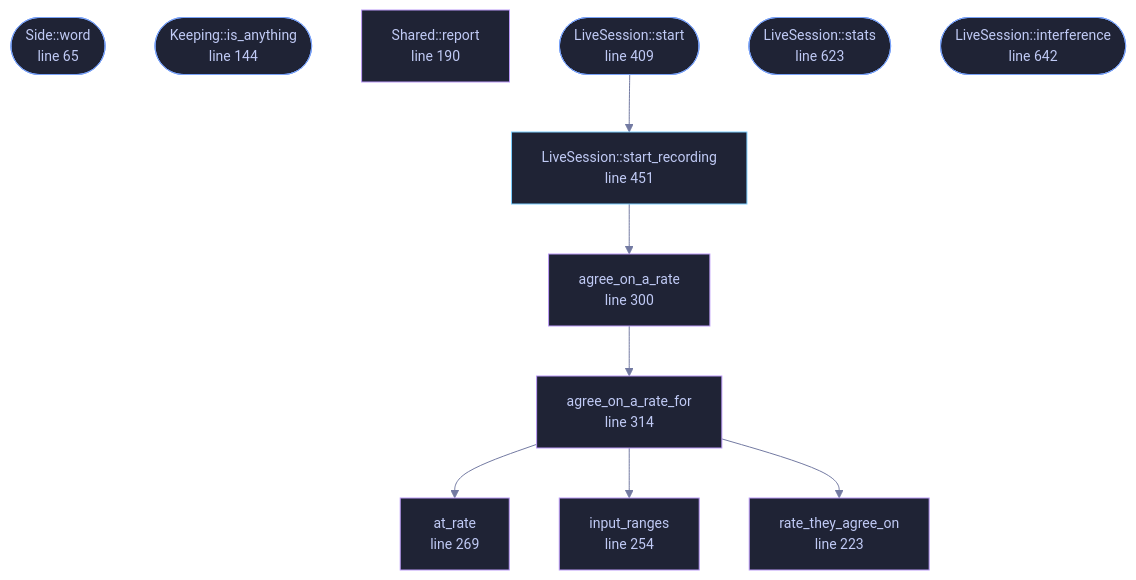
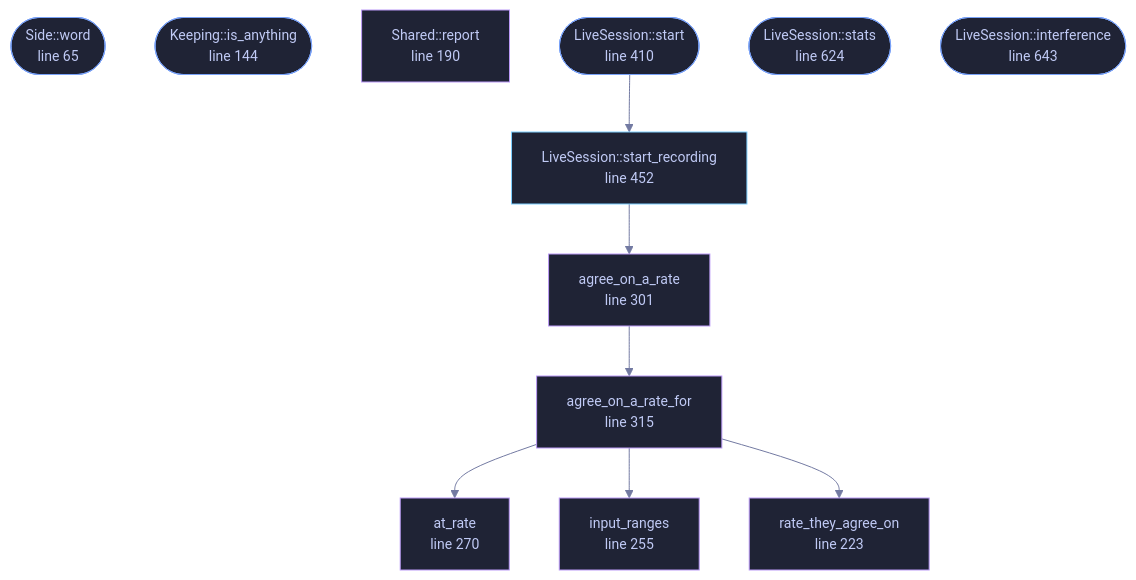
One commit to tilas01/veilvoice changed the diagram in docs/files/veilvoice-audio/live.md. Above: the diagram before and after it, drawn with Mermaid. The commit also changed other lines of this file and 528 other files, not shown here.

````diff
--- a/docs/files/veilvoice-audio/live.md
+++ b/docs/files/veilvoice-audio/live.md
@@ -107,40 +107,40 @@
 ```mermaid
 %%{init: {"theme":"base","themeVariables":{"background":"#1a1b26","primaryColor":"#1f2335","primaryTextColor":"#c0caf5","primaryBorderColor":"#7aa2f7","secondaryColor":"#16161e","tertiaryColor":"#16161e","lineColor":"#737aa2","textColor":"#c0caf5","mainBkg":"#1f2335","nodeBorder":"#7aa2f7","clusterBkg":"#16161e","clusterBorder":"#2f3549","fontFamily":"ui-monospace, SFMono-Regular, Consolas, monospace","fontSize":"14px"}}}%%
 flowchart TD
     n_word(["Side::word<br/>line 65"])
     n_is_anything(["Keeping::is_anything<br/>line 144"])
     n_report["Shared::report<br/>line 190"]
     n_rate_they_agree_on["rate_they_agree_on<br/>line 223"]
-    n_input_ranges["input_ranges<br/>line 254"]
-    n_at_rate["at_rate<br/>line 269"]
-    n_agree_on_a_rate["agree_on_a_rate<br/>line 300"]
-    n_agree_on_a_rate_for["agree_on_a_rate_for<br/>line 314"]
-    n_start(["LiveSession::start<br/>line 409"])
-    n_start_recording["LiveSession::start_recording<br/>line 451"]
-    n_stats(["LiveSession::stats<br/>line 623"])
-    n_interference(["LiveSession::interference<br/>line 642"])
+    n_input_ranges["input_ranges<br/>line 255"]
+    n_at_rate["at_rate<br/>line 270"]
+    n_agree_on_a_rate["agree_on_a_rate<br/>line 301"]
+    n_agree_on_a_rate_for["agree_on_a_rate_for<br/>line 315"]
+    n_start(["LiveSession::start<br/>line 410"])
+    n_start_recording["LiveSession::start_recording<br/>line 452"]
+    n_stats(["LiveSession::stats<br/>line 624"])
+    n_interference(["LiveSession::interference<br/>line 643"])
     n_agree_on_a_rate --> n_agree_on_a_rate_for
     n_agree_on_a_rate_for --> n_at_rate
     n_agree_on_a_rate_for --> n_input_ranges
     n_agree_on_a_rate_for --> n_rate_they_agree_on
     n_start --> n_start_recording
     n_start_recording --> n_agree_on_a_rate
     click n_word href "https://github.com/tilas01/veilvoice/blob/main/crates/veilvoice-audio/src/live.rs#L65" "open the source"
     click n_is_anything href "https://github.com/tilas01/veilvoice/blob/main/crates/veilvoice-audio/src/live.rs#L144" "open the source"
     click n_report href "https://github.com/tilas01/veilvoice/blob/main/crates/veilvoice-audio/src/live.rs#L190" "open the source"
     click n_rate_they_agree_on href "https://github.com/tilas01/veilvoice/blob/main/crates/veilvoice-audio/src/live.rs#L223" "open the source"
-    click n_input_ranges href "https://github.com/tilas01/veilvoice/blob/main/crates/veilvoice-audio/src/live.rs#L254" "open the source"
-    click n_at_rate href "https://github.com/tilas01/veilvoice/blob/main/crates/veilvoice-audio/src/live.rs#L269" "open the source"
-    click n_agree_on_a_rate href "https://github.com/tilas01/veilvoice/blob/main/crates/veilvoice-audio/src/live.rs#L300" "open the source"
-    click n_agree_on_a_rate_for href "https://github.com/tilas01/veilvoice/blob/main/crates/veilvoice-audio/src/live.rs#L314" "open the source"
-    click n_start href "https://github.com/tilas01/veilvoice/blob/main/crates/veilvoice-audio/src/live.rs#L409" "open the source"
-    click n_start_recording href "https://github.com/tilas01/veilvoice/blob/main/crates/veilvoice-audio/src/live.rs#L451" "open the source"
-    click n_stats href "https://github.com/tilas01/veilvoice/blob/main/crates/veilvoice-audio/src/live.rs#L623" "open the source"
-    click n_interference href "https://github.com/tilas01/veilvoice/blob/main/crates/veilvoice-audio/src/live.rs#L642" "open the source"
+    click n_input_ranges href "https://github.com/tilas01/veilvoice/blob/main/crates/veilvoice-audio/src/live.rs#L255" "open the source"
+    click n_at_rate href "https://github.com/tilas01/veilvoice/blob/main/crates/veilvoice-audio/src/live.rs#L270" "open the source"
+    click n_agree_on_a_rate href "https://github.com/tilas01/veilvoice/blob/main/crates/veilvoice-audio/src/live.rs#L301" "open the source"
+    click n_agree_on_a_rate_for href "https://github.com/tilas01/veilvoice/blob/main/crates/veilvoice-audio/src/live.rs#L315" "open the source"
+    click n_start href "https://github.com/tilas01/veilvoice/blob/main/crates/veilvoice-audio/src/live.rs#L410" "open the source"
+    click n_start_recording href "https://github.com/tilas01/veilvoice/blob/main/crates/veilvoice-audio/src/live.rs#L452" "open the source"
+    click n_stats href "https://github.com/tilas01/veilvoice/blob/main/crates/veilvoice-audio/src/live.rs#L624" "open the source"
+    click n_interference href "https://github.com/tilas01/veilvoice/blob/main/crates/veilvoice-audio/src/live.rs#L643" "open the source"
     classDef entry fill:#1f2335,stroke:#7aa2f7,color:#c0caf5
     class n_word,n_is_anything,n_start,n_stats,n_interference entry
     classDef api fill:#1f2335,stroke:#7dcfff,color:#c0caf5
     class n_start_recording api
     classDef helper fill:#1f2335,stroke:#bb9af7,color:#c0caf5
     class n_report,n_rate_they_agree_on,n_input_ranges,n_at_rate,n_agree_on_a_rate,n_agree_on_a_rate_for helper
 ```
````
